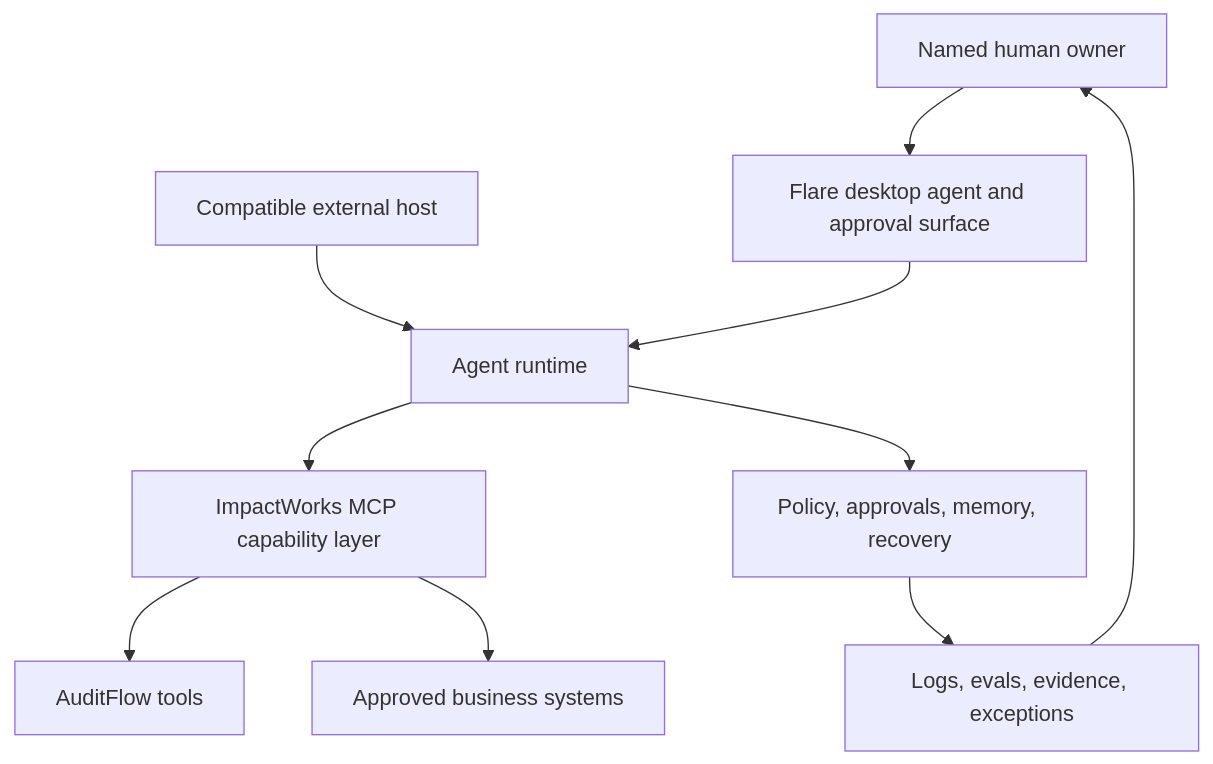
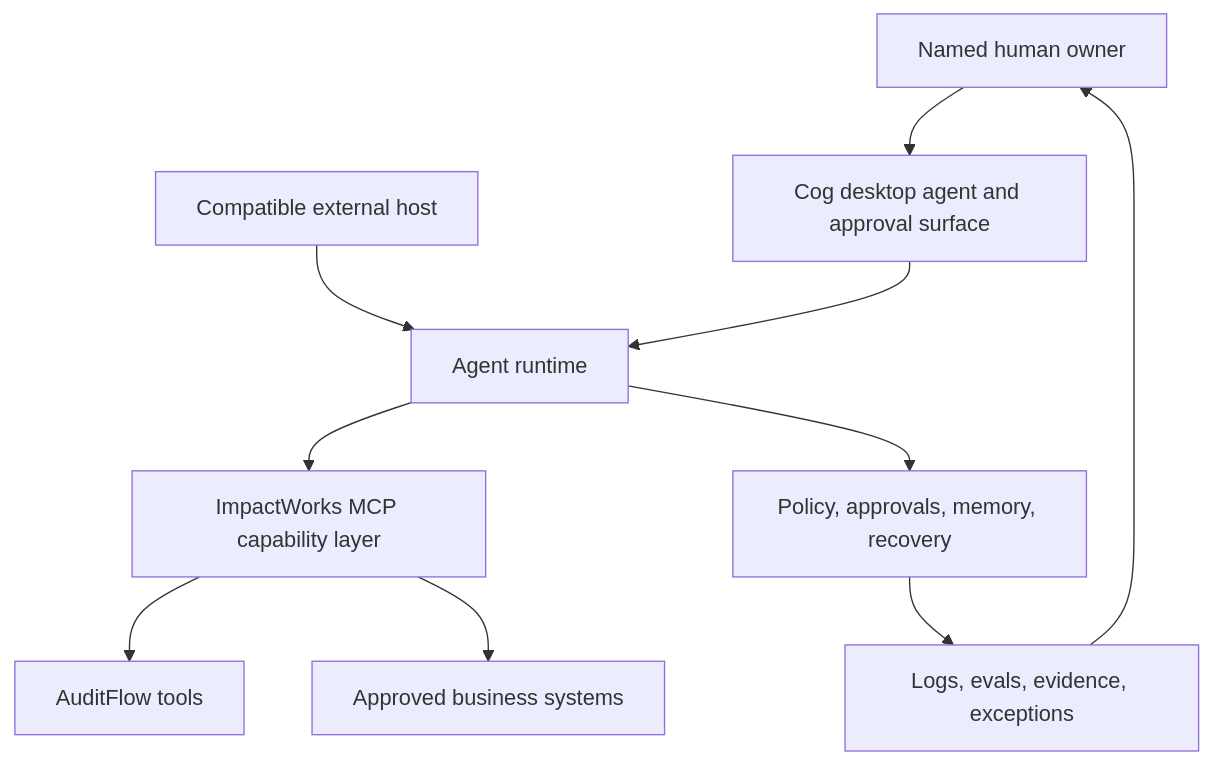
One commit to impactworks-dev/impactworks-ai-workforce-mcp changed the diagram in README.md. Above: the diagram before and after it, drawn with Mermaid. The commit also changed other lines of this file and 4 other files, not shown here.

Commit message:
Rename Flare working name to Cog

````diff
--- a/README.md
+++ b/README.md
@@ -29,12 +29,12 @@
 ```mermaid
 flowchart TD
-    Human["Named human owner"] --> Flare["Flare desktop agent and approval surface"]
+    Human["Named human owner"] --> Cog["Cog desktop agent and approval surface"]
     Host["Compatible external host"] --> Runtime["Agent runtime"]
-    Flare --> Runtime
+    Cog --> Runtime
     Runtime --> Gateway["ImpactWorks MCP capability layer"]
     Gateway --> AuditFlow["AuditFlow tools"]
     Gateway --> Systems["Approved business systems"]
     Runtime --> Control["Policy, approvals, memory, recovery"]
     Control --> Evidence["Logs, evals, evidence, exceptions"]
     Evidence --> Human
 ```
````
